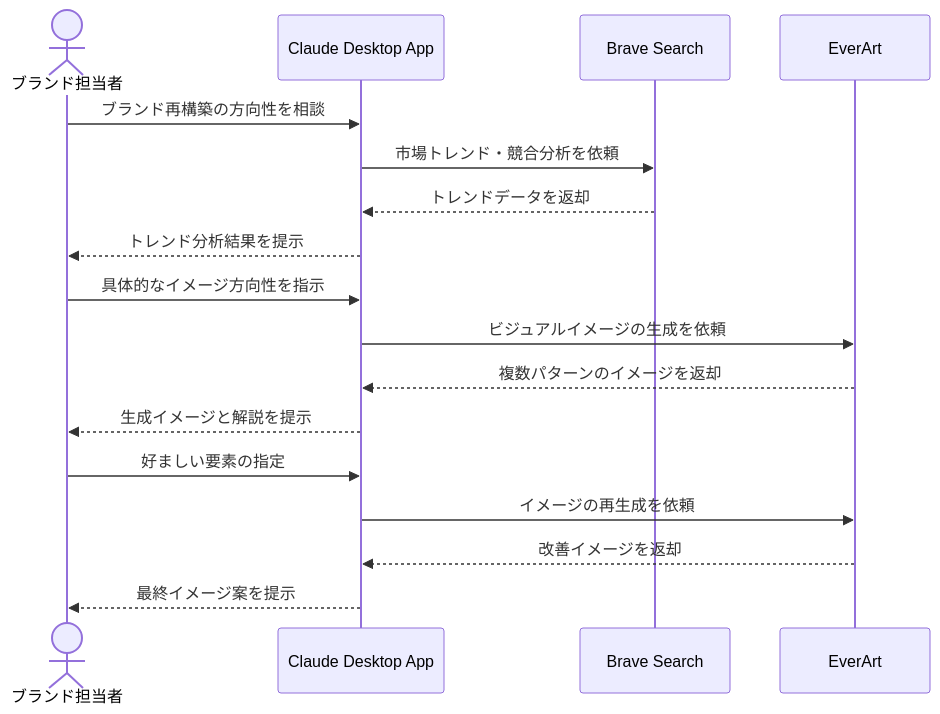
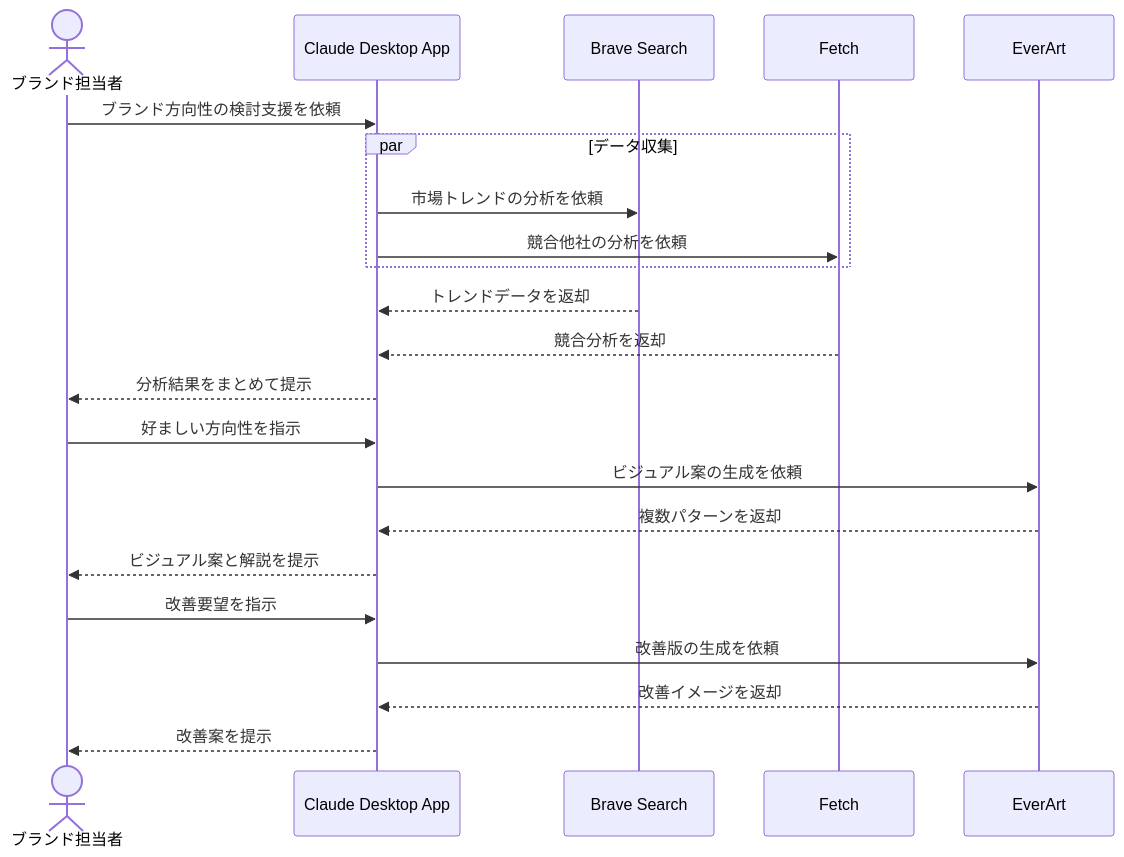
Before and after one commit to po-shu/mcp-100-ideas: the diagram in docs/07_経営・企画/ブランドイメージの構築を視覚化する.md, drawn with Mermaid. The commit also changed other lines of this file and 4 other files, not shown here.

````diff
--- a/docs/07_経営・企画/ブランドイメージの構築を視覚化する.md
+++ b/docs/07_経営・企画/ブランドイメージの構築を視覚化する.md
@@ -16,20 +17,25 @@
 ```mermaid
 sequenceDiagram
     actor User as ブランド担当者
     participant Claude as Claude Desktop App
     participant Brave as Brave Search
+    participant Fetch as Fetch
     participant EverArt
     
-    User->>Claude: ブランド再構築の方向性を相談
-    Claude->>Brave: 市場トレンド・競合分析を依頼
+    User->>Claude: ブランド方向性の検討支援を依頼
+    par データ収集
+        Claude->>Brave: 市場トレンドの分析を依頼
+        Claude->>Fetch: 競合他社の分析を依頼
+    end
     Brave-->>Claude: トレンドデータを返却
-    Claude-->>User: トレンド分析結果を提示
-    User->>Claude: 具体的なイメージ方向性を指示
-    Claude->>EverArt: ビジュアルイメージの生成を依頼
-    EverArt-->>Claude: 複数パターンのイメージを返却
-    Claude-->>User: 生成イメージと解説を提示
-    User->>Claude: 好ましい要素の指定
-    Claude->>EverArt: イメージの再生成を依頼
+    Fetch-->>Claude: 競合分析を返却
+    Claude-->>User: 分析結果をまとめて提示
+    User->>Claude: 好ましい方向性を指示
+    Claude->>EverArt: ビジュアル案の生成を依頼
+    EverArt-->>Claude: 複数パターンを返却
+    Claude-->>User: ビジュアル案と解説を提示
+    User->>Claude: 改善要望を指示
+    Claude->>EverArt: 改善版の生成を依頼
     EverArt-->>Claude: 改善イメージを返却
-    Claude-->>User: 最終イメージ案を提示
+    Claude-->>User: 改善案を提示
 ```
````
